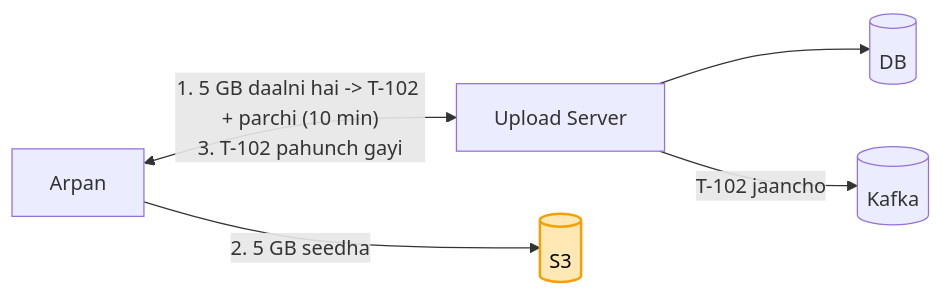
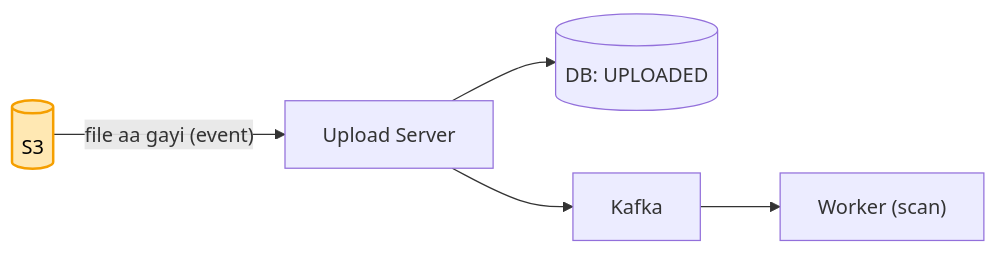
The third of 6 diagrams in 04_HLD/SYSTEM_DESIGNS/07_file_upload_validate_system/07_file_upload.md (ArpanMaheshwari144/Prep), drawn with Mermaid before and after one commit. The commit also changed other lines of this file and 2 other files, not shown here.

Commit message:
File upload: scene-mock se hand notes + main file kahani format (peeche line, seedha S3 + tukde, receptionist token, S3 event, folder ped DB me, maalik check, chhota link, scan ki alag line)

````diff
--- a/04_HLD/SYSTEM_DESIGNS/07_file_upload_validate_system/07_file_upload.md
+++ b/04_HLD/SYSTEM_DESIGNS/07_file_upload_validate_system/07_file_upload.md
@@ -144,8 +89,7 @@
 ```mermaid
 flowchart LR
-    A["Arpan"] <-->|"1. 5 GB daalni hai -> T-102 + parchi (10 min)<br/>3. T-102 pahunch gayi"| U["Upload Server"]
-    A -->|"2. 5 GB seedha"| S3[("S3")]
-    U --> D[("DB")]
-    U -->|"T-102 jaancho"| K[("Kafka")]
+    S3[("S3")] -- "file aa gayi (event)" --> U["Upload Server"]
+    U --> DB[("DB: UPLOADED")]
+    U --> K["Kafka"] --> W["Worker (scan)"]
     style S3 fill:#ffe8b3,stroke:#f59f00,stroke-width:2px,color:#000
 ```
````
